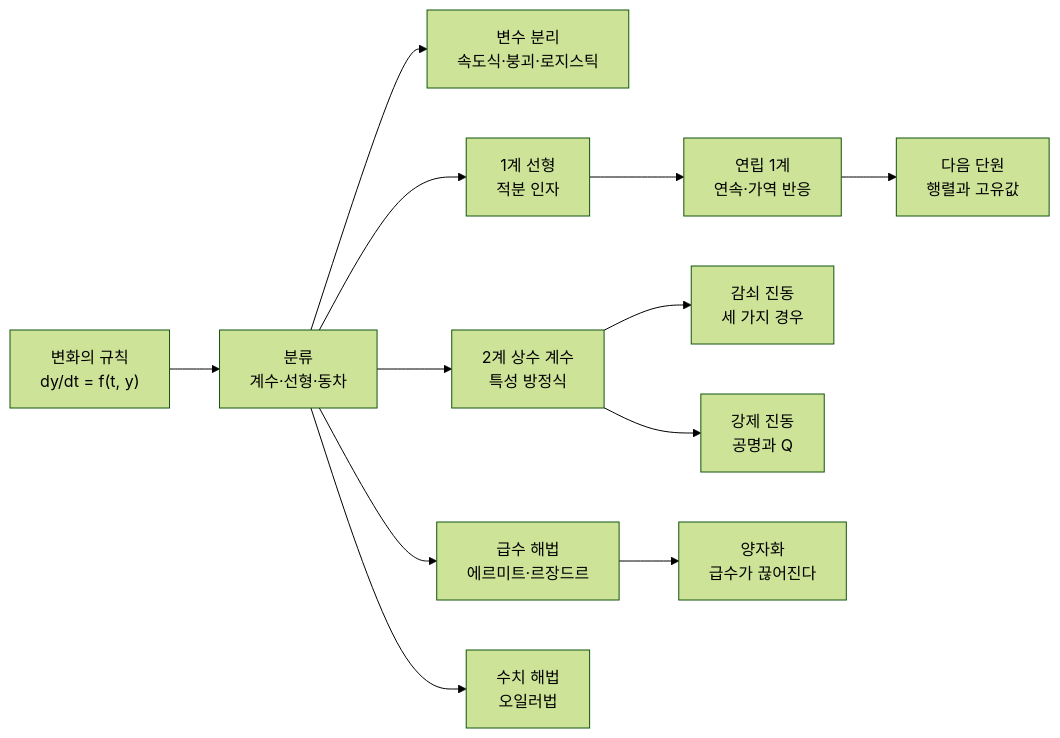
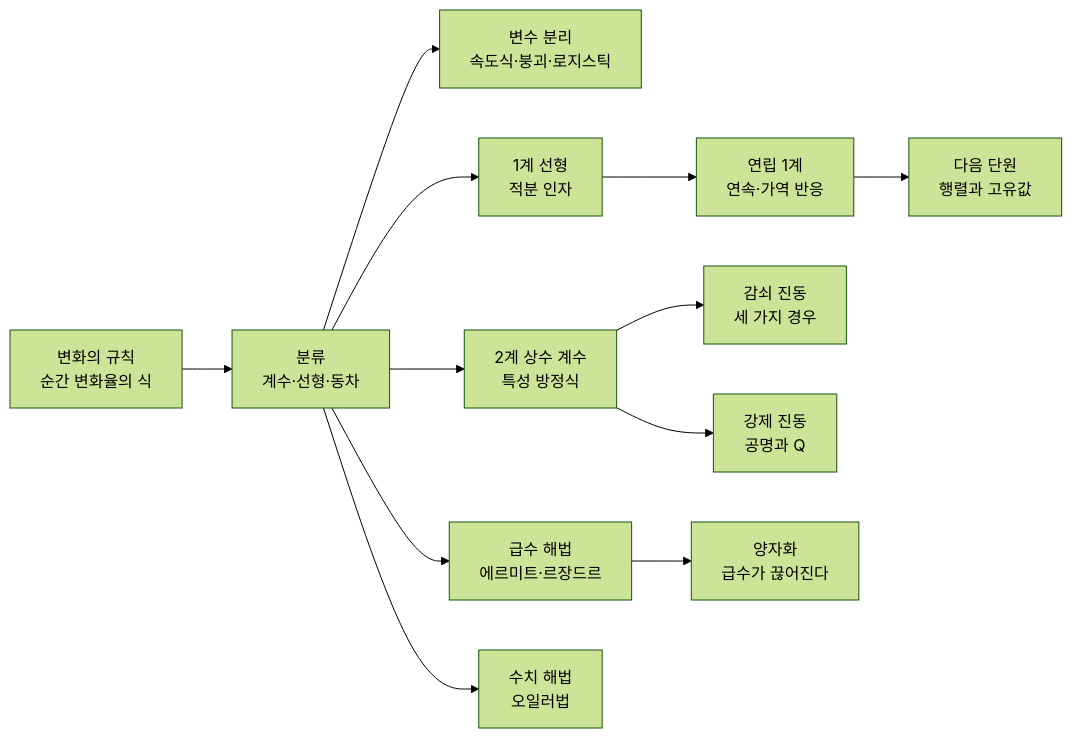
One commit to EricKOR1/sciencebook changed the diagram in 대학_전공과정/수학_도구/umath-4_상미분방정식.md. Above: the diagram before and after it, drawn with Mermaid (forest theme). The commit also changed other lines of this file and 8 other files, not shown here.

````diff
--- a/대학_전공과정/수학_도구/umath-4_상미분방정식.md
+++ b/대학_전공과정/수학_도구/umath-4_상미분방정식.md
@@ -46,14 +46,14 @@
 ```mermaid
 flowchart LR
-    A["변화의 규칙<br/>dy/dt = f(t, y)"] --> B["분류<br/>계수·선형·동차"]
+    A["변화의 규칙<br/>순간 변화율의 식"] --> B["분류<br/>계수·선형·동차"]
     B --> C["변수 분리<br/>속도식·붕괴·로지스틱"]
     B --> D["1계 선형<br/>적분 인자"]
     D --> E["연립 1계<br/>연속·가역 반응"]
     B --> F["2계 상수 계수<br/>특성 방정식"]
     F --> G["감쇠 진동<br/>세 가지 경우"]
     F --> H["강제 진동<br/>공명과 Q"]
     B --> I["급수 해법<br/>에르미트·르장드르"]
     I --> J["양자화<br/>급수가 끊어진다"]
     B --> K["수치 해법<br/>오일러법"]
     E --> L["다음 단원<br/>행렬과 고유값"]
 ```
````
